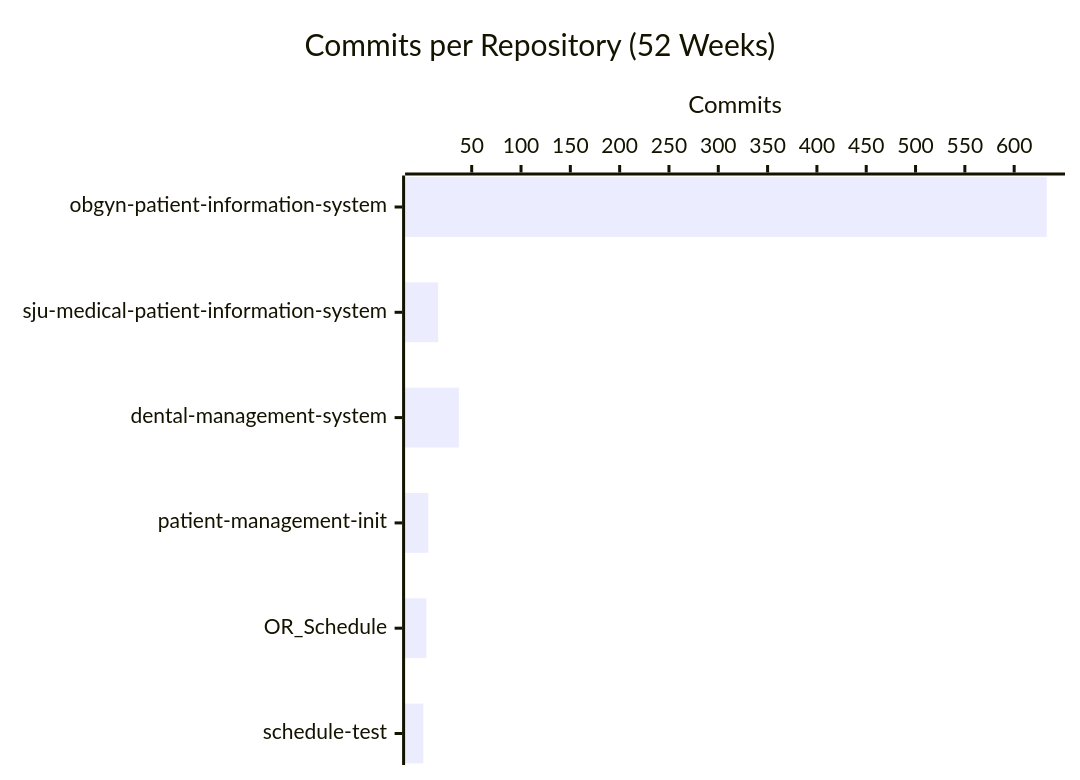
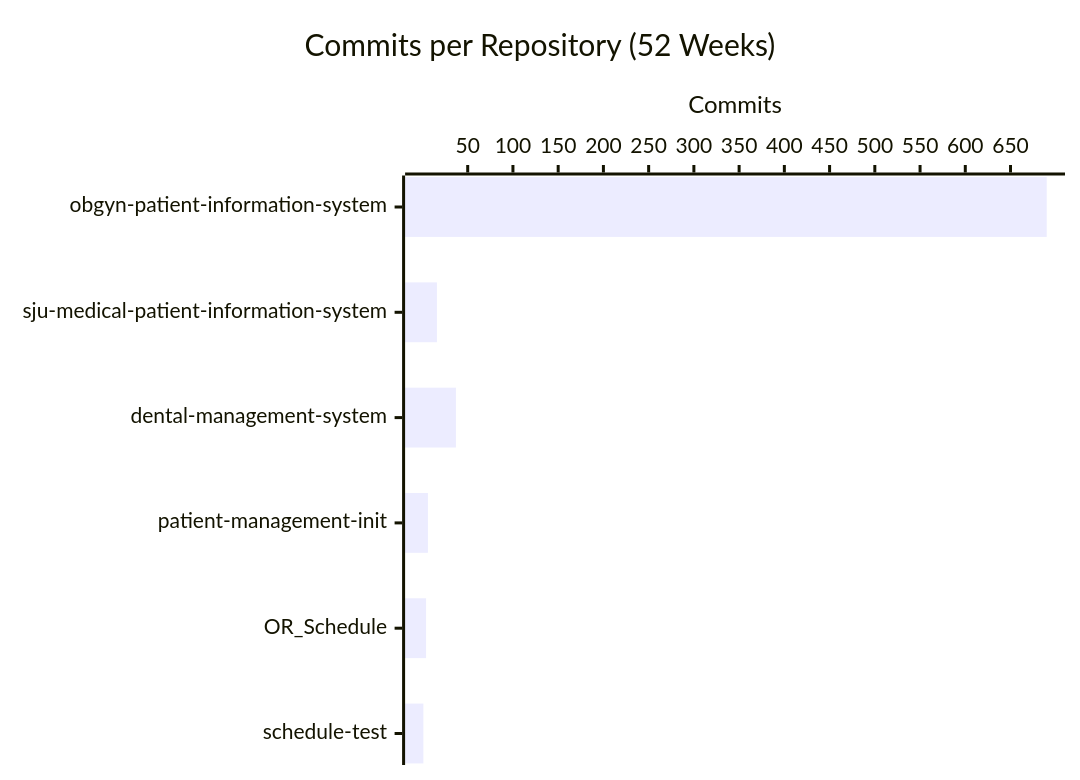
One commit to CSTH-Projects/.github changed the second of 4 diagrams in profile/README.md. Above: the diagram before and after it, drawn with Mermaid. The commit also changed other lines of this file, not shown here.

````diff
--- a/profile/README.md
+++ b/profile/README.md
@@ -24,7 +24,7 @@
 ```mermaid
 xychart-beta horizontal
     title "Commits per Repository (52 Weeks)"
     x-axis ["obgyn-patient-information-system", "sju-medical-patient-information-system", "dental-management-system", "patient-management-init", "OR_Schedule", "schedule-test"]
     y-axis "Commits"
-    bar [633, 16, 37, 6, 4, 1]
+    bar [690, 16, 37, 6, 4, 1]
 ```
````
